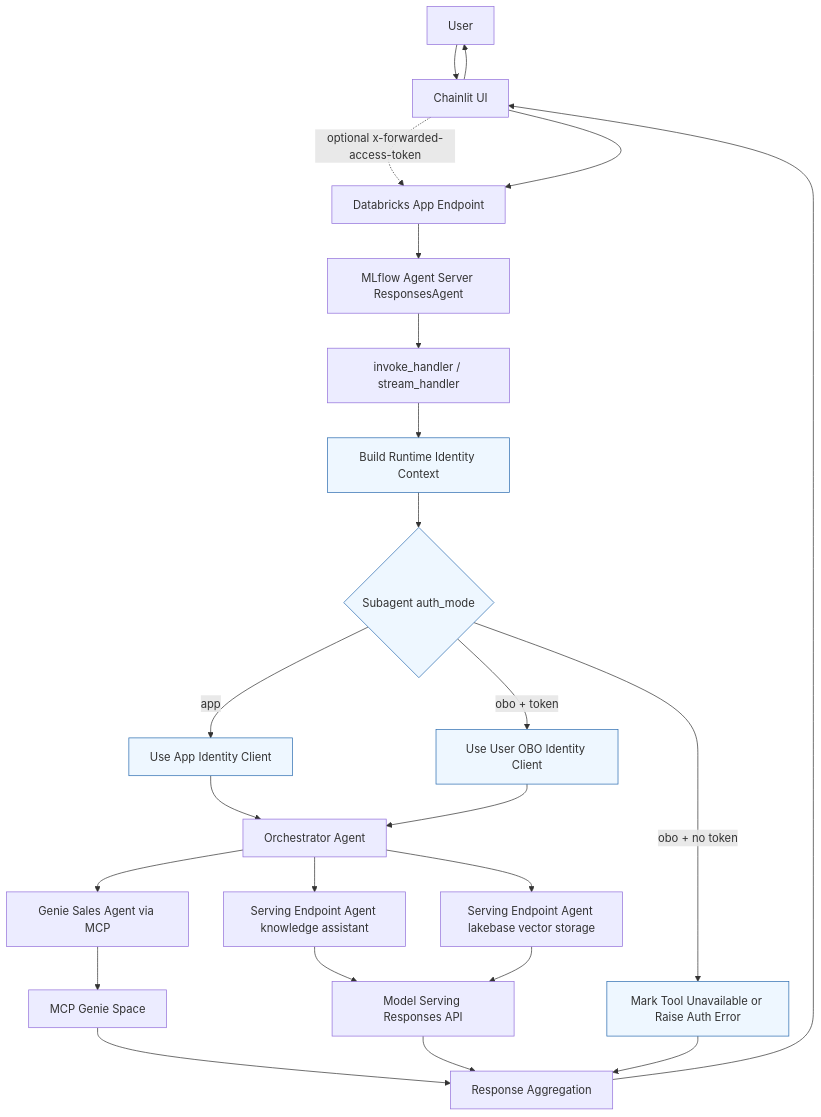
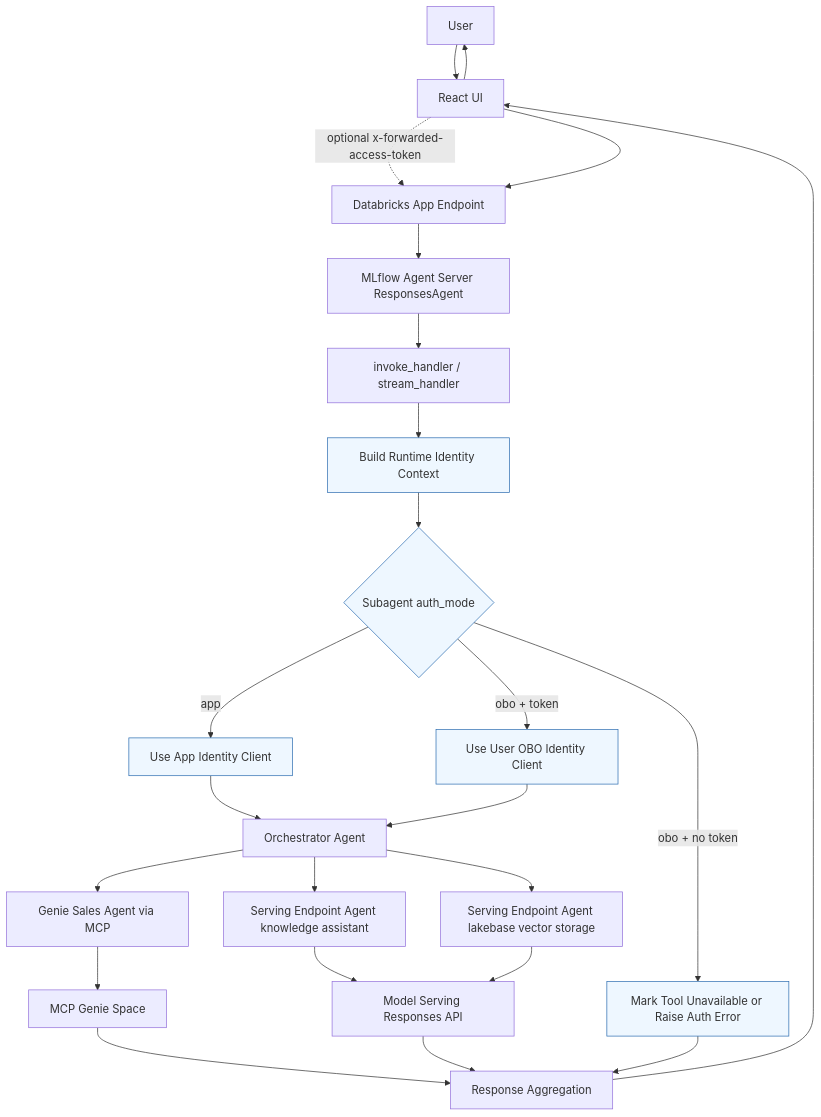
One commit to wchen-dea/Multi-Agent-App-On-Databricks changed the second of 2 diagrams in docs/architecture/system-architecture.md. Above: the diagram before and after it, drawn with Mermaid. The commit also changed other lines of this file and 16 other files, not shown here.

````diff
--- a/docs/architecture/system-architecture.md
+++ b/docs/architecture/system-architecture.md
@@ -138,33 +138,33 @@
 ```mermaid
 flowchart TD
     U[User]
-    U --> UI[Chainlit UI]
+    U --> UI[React UI]
     UI -.optional x-forwarded-access-token.-> APP
     UI --> APP[Databricks App Endpoint]
     APP --> S[MLflow Agent Server ResponsesAgent]
     S --> H[invoke_handler / stream_handler]
     H --> C[Build Runtime Identity Context]
     C --> D{Subagent auth_mode}
     D -->|app| AID[Use App Identity Client]
     D -->|obo + token| OID[Use User OBO Identity Client]
     D -->|obo + no token| ERR[Mark Tool Unavailable or Raise Auth Error]
     AID --> O[Orchestrator Agent]
     OID --> O
 
     O --> G[Genie Sales Agent via MCP]
     O --> K[Serving Endpoint Agent knowledge assistant]
     O --> L[Serving Endpoint Agent lakebase vector storage]
 
     G --> M[MCP Genie Space]
     K --> R1[Model Serving Responses API]
     L --> R1
 
     M --> R[Response Aggregation]
     R1 --> R
     ERR --> R
     R --> UI
     UI --> U
 
     classDef auth fill:#eef7ff,stroke:#2b6cb0,stroke-width:1px;
     class C,D,AID,OID,ERR auth;
 ```
````
